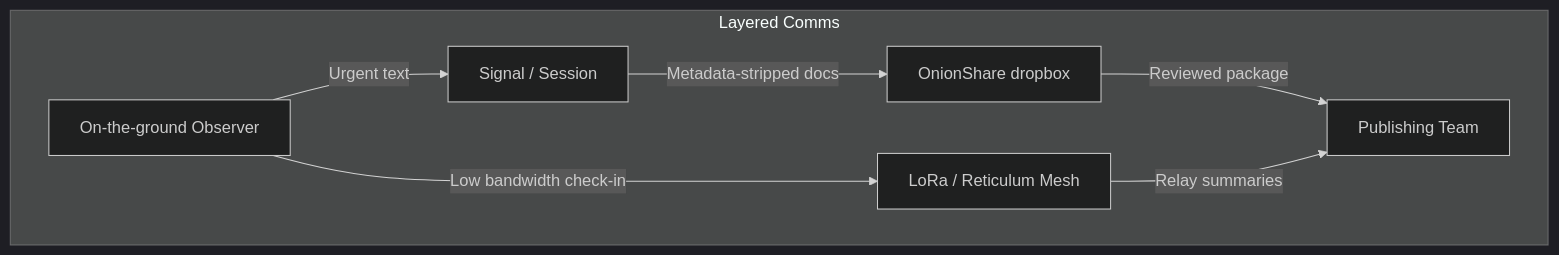
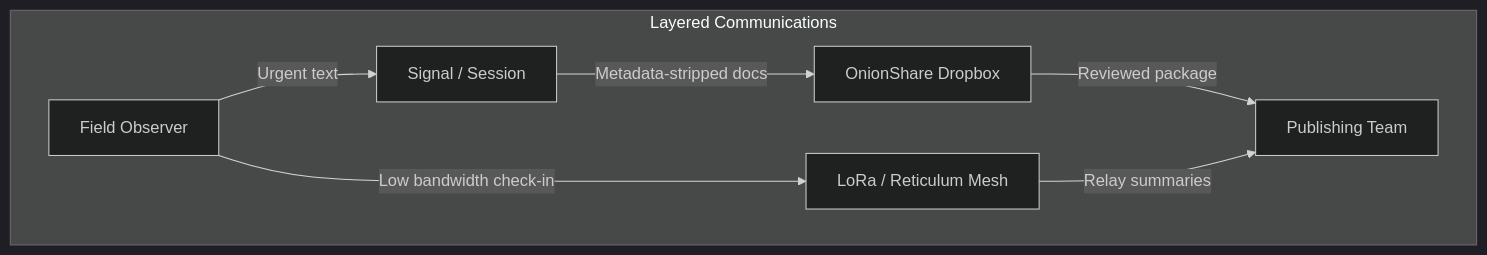
Before and after one commit to samedayhurt/laraza: the diagram in comms/README.md, drawn with Mermaid (dark theme). The commit also changed other lines of this file and 7 other files, not shown here.

````diff
--- a/comms/README.md
+++ b/comms/README.md
@@ -127,16 +181,16 @@
 ```mermaid
 graph TD
-    subgraph Layered Comms
-        A[On-the-ground Observer]
+    subgraph "Layered Communications"
+        A[Field Observer]
         B[Signal / Session]
-        C[OnionShare dropbox]
+        C[OnionShare Dropbox]
         D[LoRa / Reticulum Mesh]
         E[Publishing Team]
     end
 
     A -->|Urgent text| B
     B -->|Metadata-stripped docs| C
     A -->|Low bandwidth check-in| D
     C -->|Reviewed package| E
     D -->|Relay summaries| E
 ```
````
